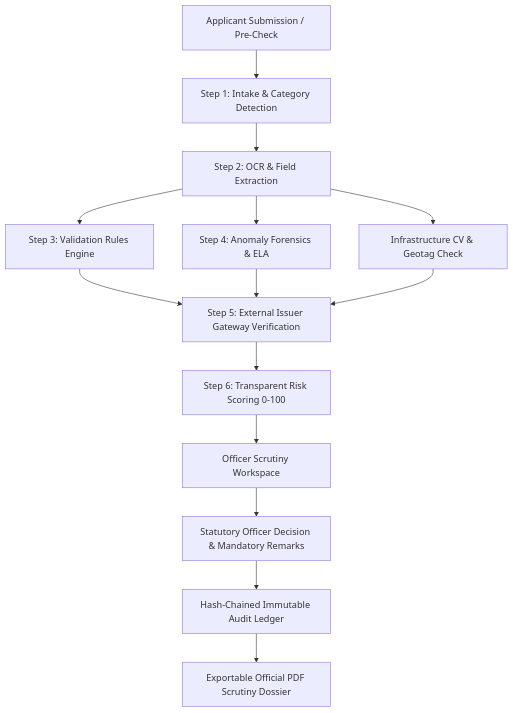
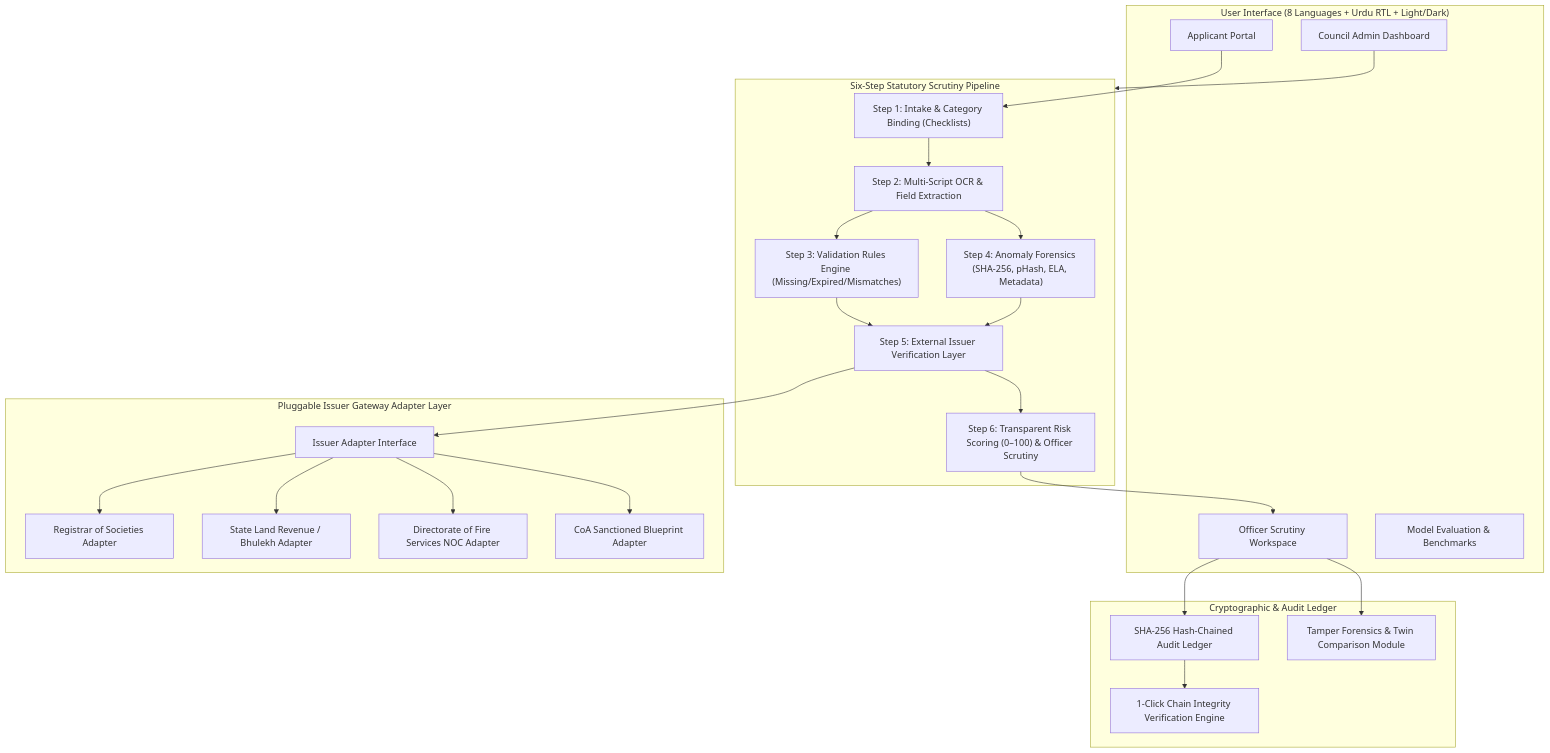
Before and after one commit to viraj-1709/aicte: the diagram in README.md, drawn with Mermaid. The commit also changed other lines of this file and 63 other files, not shown here.

````diff
--- a/README.md
+++ b/README.md
@@ -20,16 +21,50 @@
 ```mermaid
 flowchart TD
-    A[Applicant Submission / Pre-Check] --> B[Step 1: Intake & Category Detection]
-    B --> C[Step 2: OCR & Field Extraction]
-    C --> D[Step 3: Validation Rules Engine]
-    C --> E[Step 4: Anomaly Forensics & ELA]
-    C --> F[Infrastructure CV & Geotag Check]
-    D --> G[Step 5: External Issuer Gateway Verification]
-    E --> G
-    F --> G
-    G --> H[Step 6: Transparent Risk Scoring 0-100]
-    H --> I[Officer Scrutiny Workspace]
-    I --> J[Statutory Officer Decision & Mandatory Remarks]
-    J --> K[Hash-Chained Immutable Audit Ledger]
-    K --> L[Exportable Official PDF Scrutiny Dossier]
+    subgraph UI ["User Interface (8 Languages + Urdu RTL + Light/Dark)"]
+        A1[Applicant Portal]
+        A2[Officer Scrutiny Workspace]
+        A3[Council Admin Dashboard]
+        A4[Model Evaluation & Benchmarks]
+    end
+
+    subgraph Pipeline ["Six-Step Statutory Scrutiny Pipeline"]
+        S1["Step 1: Intake & Category Binding (Checklists)"]
+        S2["Step 2: Multi-Script OCR & Field Extraction"]
+        S3["Step 3: Validation Rules Engine (Missing/Expired/Mismatches)"]
+        S4["Step 4: Anomaly Forensics (SHA-256, pHash, ELA, Metadata)"]
+        S5["Step 5: External Issuer Verification Layer"]
+        S6["Step 6: Transparent Risk Scoring (0–100) & Officer Scrutiny"]
+    end
+
+    subgraph IssuerGateway ["Pluggable Issuer Gateway Adapter Layer"]
+        IG[Issuer Adapter Interface]
+        M1[Registrar of Societies Adapter]
+        M2[State Land Revenue / Bhulekh Adapter]
+        M3[Directorate of Fire Services NOC Adapter]
+        M4[CoA Sanctioned Blueprint Adapter]
+    end
+
+    subgraph Security ["Cryptographic & Audit Ledger"]
+        AL["SHA-256 Hash-Chained Audit Ledger"]
+        IV["1-Click Chain Integrity Verification Engine"]
+        TD["Tamper Forensics & Twin Comparison Module"]
+    end
+
+    A1 --> S1
+    S1 --> S2
+    S2 --> S3
+    S2 --> S4
+    S3 --> S5
+    S4 --> S5
+    S5 --> IG
+    IG --> M1
+    IG --> M2
+    IG --> M3
+    IG --> M4
+    S5 --> S6
+    S6 --> A2
+    A2 --> AL
+    AL --> IV
+    A2 --> TD
+    A3 --> Pipeline
 ```
````
